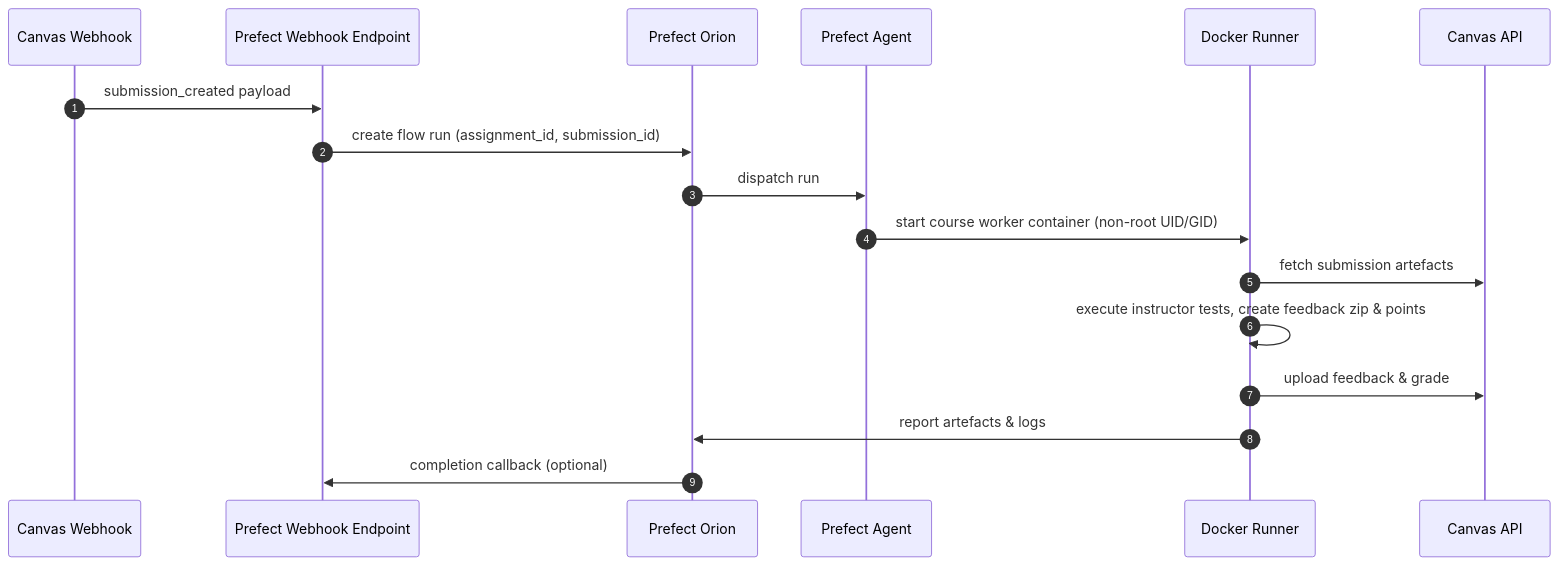
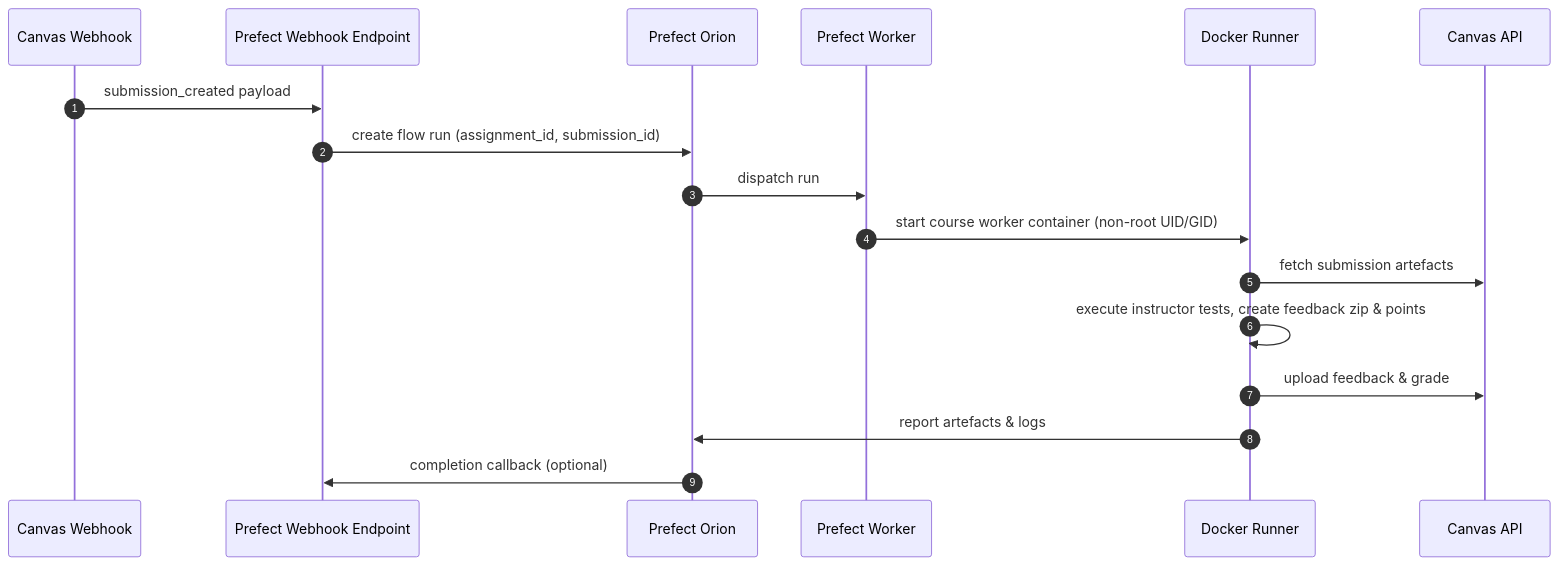
The first of 2 diagrams in docs/architecture.md (jakob1379/Canvas-Code-Correction), drawn with Mermaid before and after one commit. The commit also changed other lines of this file and 11 other files, not shown here.

````diff
--- a/docs/architecture.md
+++ b/docs/architecture.md
@@ -37,20 +37,20 @@
 ```mermaid
 sequenceDiagram
     autonumber
     participant Webhook as Canvas Webhook
     participant WebhookEndpoint as Prefect Webhook Endpoint
     participant Prefect as Prefect Orion
-    participant Agent as Prefect Agent
+    participant Worker as Prefect Worker
     participant Runner as Docker Runner
     participant Canvas as Canvas API
 
     Webhook->>WebhookEndpoint: submission_created payload
     WebhookEndpoint->>Prefect: create flow run (assignment_id, submission_id)
-    Prefect->>Agent: dispatch run
-    Agent->>Runner: start course worker container (non-root UID/GID)
+    Prefect->>Worker: dispatch run
+    Worker->>Runner: start course worker container (non-root UID/GID)
     Runner->>Canvas: fetch submission artefacts
     Runner->>Runner: execute instructor tests, create feedback zip & points
     Runner->>Canvas: upload feedback & grade
     Runner->>Prefect: report artefacts & logs
     Prefect->>WebhookEndpoint: completion callback (optional)
 ```
````
